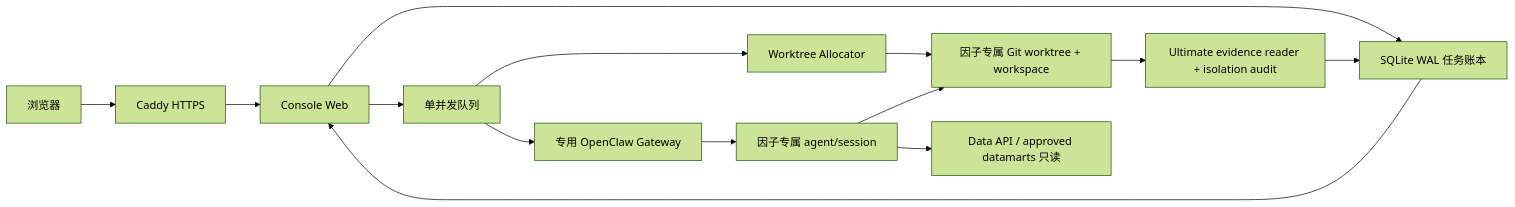
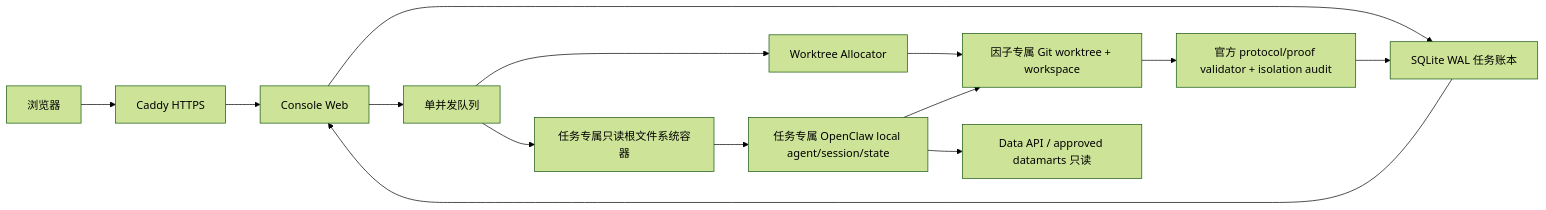
Before and after one commit to weiyufan1994/factor-factory: the diagram in docs/architecture/factorforge-console-web-pilot-architecture-20260801.zh-CN.md, drawn with Mermaid (forest theme). The commit also changed other lines of this file and 22 other files, not shown here.

````diff
--- a/docs/architecture/factorforge-console-web-pilot-architecture-20260801.zh-CN.md
+++ b/docs/architecture/factorforge-console-web-pilot-architecture-20260801.zh-CN.md
@@ -76,16 +76,16 @@
 ```mermaid
 flowchart LR
   U["浏览器"] --> P["Caddy HTTPS"]
   P --> W["Console Web"]
   W --> L["SQLite WAL 任务账本"]
   W --> Q["单并发队列"]
   Q --> A["Worktree Allocator"]
   A --> FW["因子专属 Git worktree + workspace"]
-  Q --> O["专用 OpenClaw Gateway"]
-  O --> AG["因子专属 agent/session"]
+  Q --> C["任务专属只读根文件系统容器"]
+  C --> AG["任务专属 OpenClaw local agent/session/state"]
   AG --> FW
   AG --> D["Data API / approved datamarts 只读"]
-  FW --> V["Ultimate evidence reader + isolation audit"]
+  FW --> V["官方 protocol/proof validator + isolation audit"]
   V --> L
   L --> W
 ```
````
